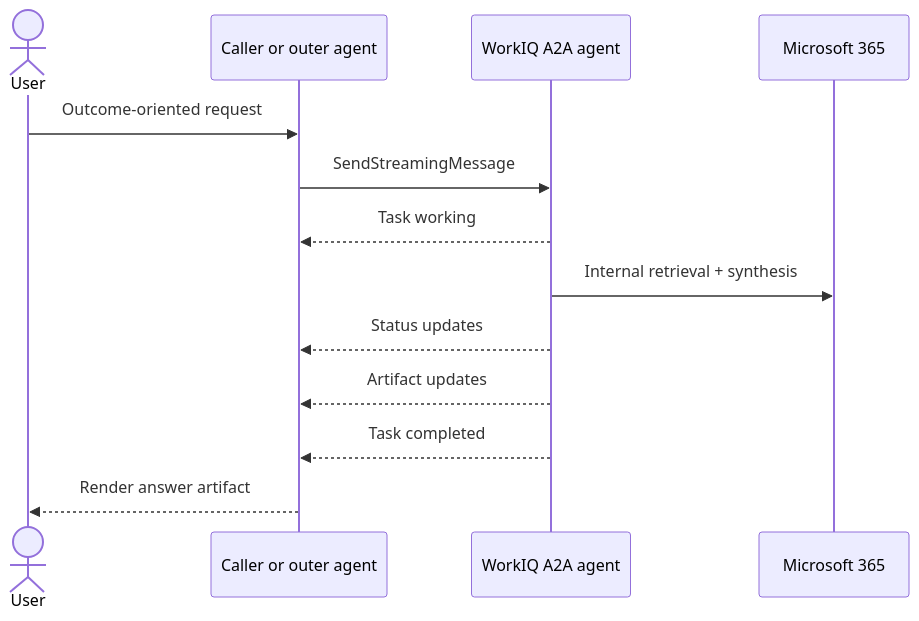
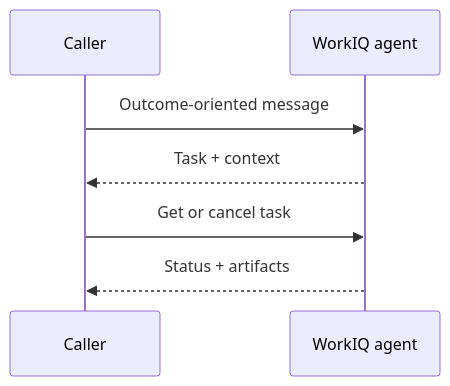
Before and after one commit to jeffrey-groneberg/workiq-deepagents: the second of 3 diagrams in docs/foundations.md, drawn with Mermaid. The commit also changed other lines of this file and 10 other files, not shown here.

````diff
--- a/docs/foundations.md
+++ b/docs/foundations.md
@@ -39,16 +39,9 @@
     ```mermaid
     sequenceDiagram
-        actor U as User
-        participant C as Caller or outer agent
-        participant W as WorkIQ A2A agent
-        participant D as Microsoft 365
-
-        U->>C: Outcome-oriented request
-        C->>W: SendStreamingMessage
-        W-->>C: Task working
-        W->>D: Internal retrieval + synthesis
-        W-->>C: Status updates
-        W-->>C: Artifact updates
-        W-->>C: Task completed
-        C-->>U: Render answer artifact
+        participant C as Caller
+        participant W as WorkIQ agent
+        C->>W: Outcome-oriented message
+        W-->>C: Task + context
+        C->>W: Get or cancel task
+        W-->>C: Status + artifacts
     ```
````
